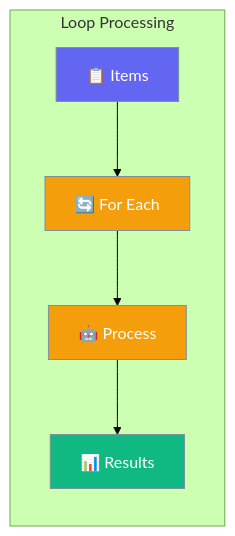
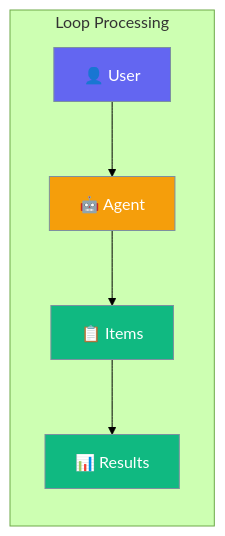
One commit to MervinPraison/PraisonAIDocs changed the first of 2 diagrams in docs/js/loops.mdx. Above: the diagram before and after it, drawn with Mermaid (forest theme). The commit also changed other lines of this file and 30 other files, not shown here.

````diff
--- a/docs/js/loops.mdx
+++ b/docs/js/loops.mdx
@@ -10,16 +10,16 @@
 ```mermaid
 graph LR
     subgraph "Loop Processing"
-        A[📋 Items] --> B[🔄 For Each]
-        B --> C[🤖 Process]
+        A[👤 User] --> B[🤖 Agent]
+        B --> C[📋 Items]
         C --> D[📊 Results]
     end
     
-    classDef input fill:#6366F1,stroke:#7C90A0,color:#fff
-    classDef process fill:#F59E0B,stroke:#7C90A0,color:#fff
+    classDef user fill:#6366F1,stroke:#7C90A0,color:#fff
+    classDef agent fill:#F59E0B,stroke:#7C90A0,color:#fff
     classDef output fill:#10B981,stroke:#7C90A0,color:#fff
     
-    class A input
-    class B,C process
-    class D output
+    class A user
+    class B agent
+    class C,D output
 ```
````
